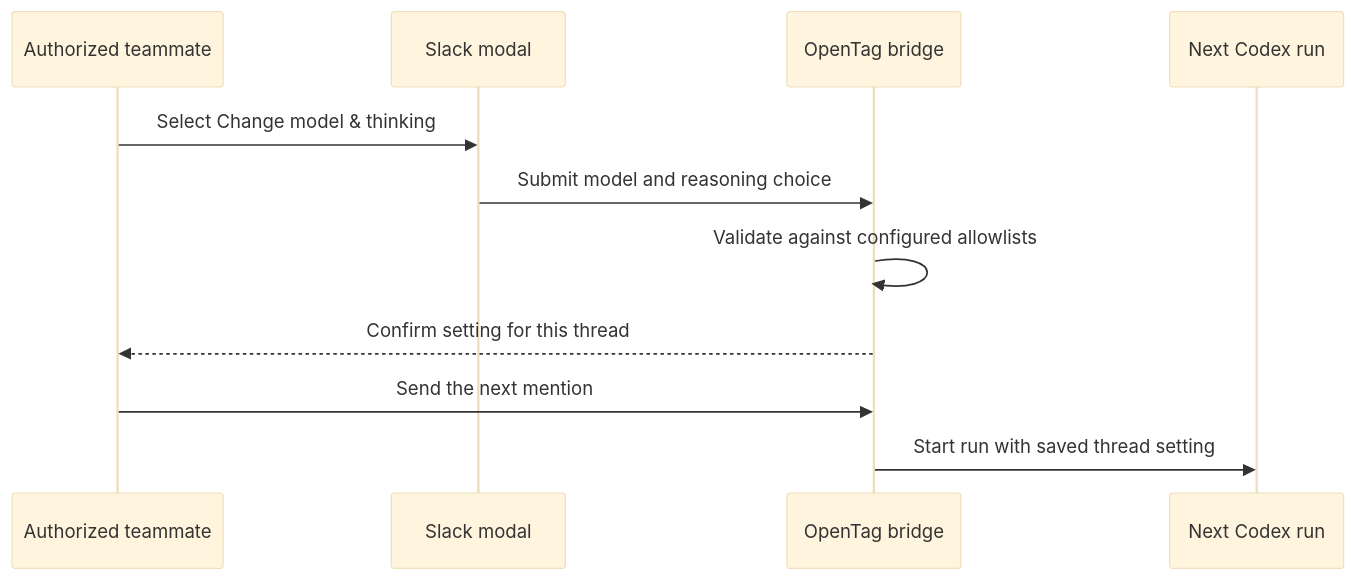
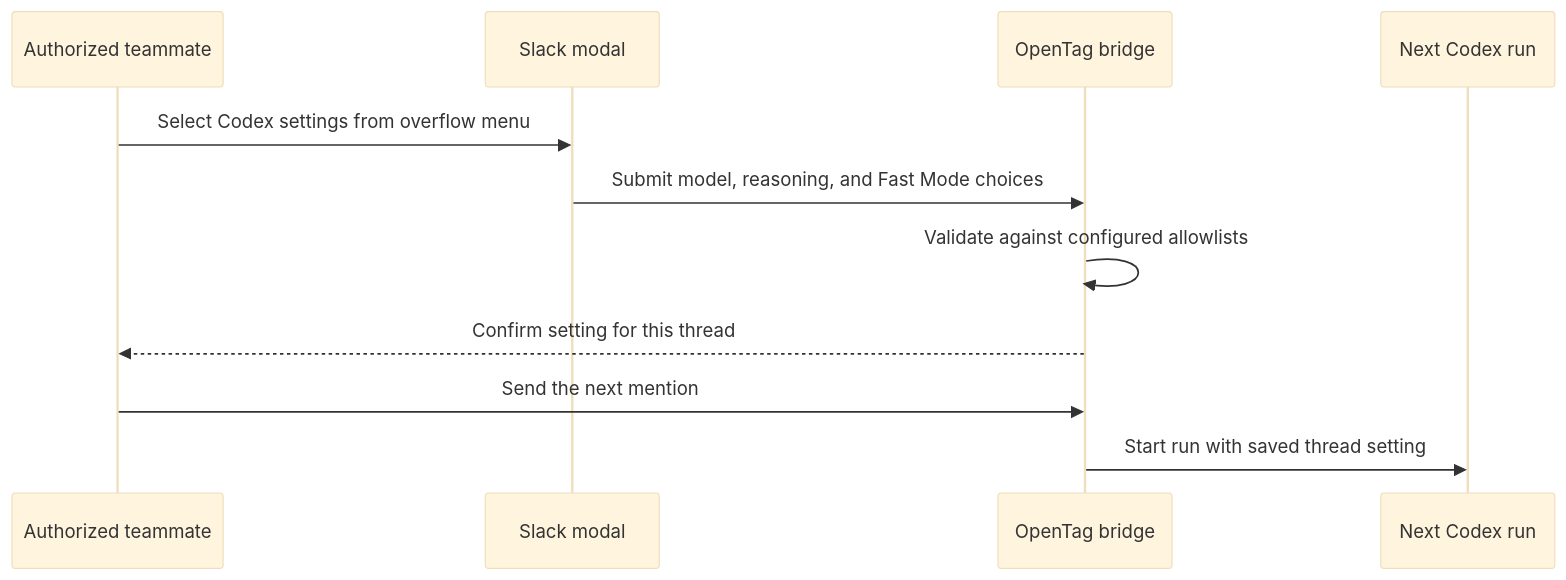
Diagram 14 of 18 in docs/user-flows.md (klovr-co/hover-tag), drawn with Mermaid (base theme) before and after one commit. The commit also changed other lines of this file and 28 other files, not shown here.

````diff
--- a/docs/user-flows.md
+++ b/docs/user-flows.md
@@ -501,14 +506,14 @@
 ```mermaid
 sequenceDiagram
     participant U as Authorized teammate
     participant S as Slack modal
     participant T as OpenTag bridge
     participant N as Next Codex run
 
-    U->>S: Select Change model & thinking
-    S->>T: Submit model and reasoning choice
+    U->>S: Select Codex settings from overflow menu
+    S->>T: Submit model, reasoning, and Fast Mode choices
     T->>T: Validate against configured allowlists
     T-->>U: Confirm setting for this thread
     U->>T: Send the next mention
     T->>N: Start run with saved thread setting
 ```
````
